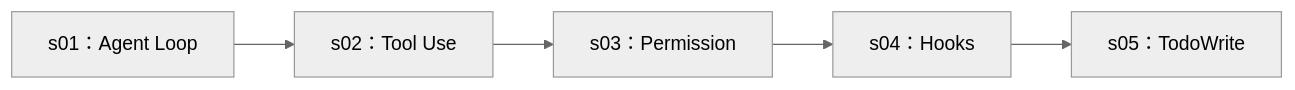
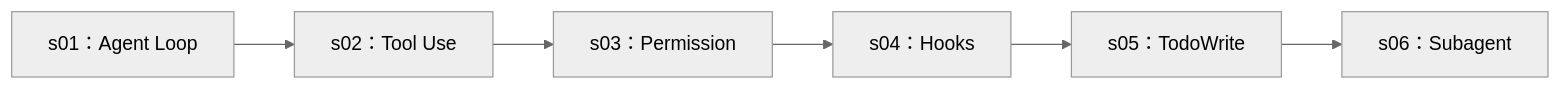
Before and after one commit to lyq1119/deepseek-agent-tutorial: the diagram in README.zh.md, drawn with Mermaid (neutral theme). The commit also changed other lines of this file and 6 other files, not shown here.

````diff
--- a/README.zh.md
+++ b/README.zh.md
@@ -84,7 +85,8 @@
 ```mermaid
 flowchart LR
     S01["s01：Agent Loop"] --> S02["s02：Tool Use"]
     S02 --> S03["s03：Permission"]
     S03 --> S04["s04：Hooks"]
     S04 --> S05["s05：TodoWrite"]
+    S05 --> S06["s06：Subagent"]
 ```
````
